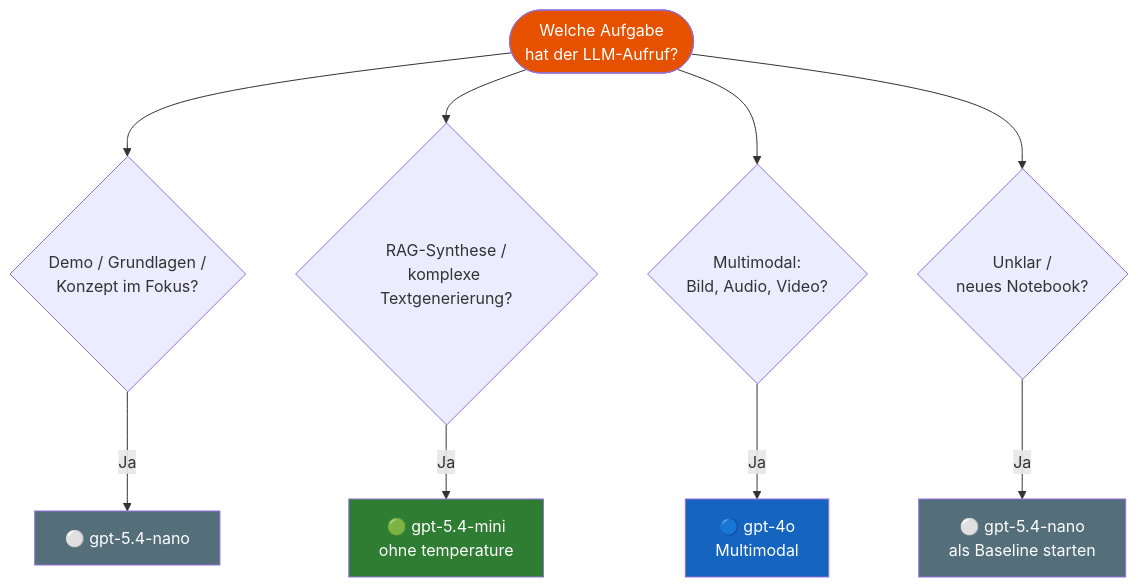
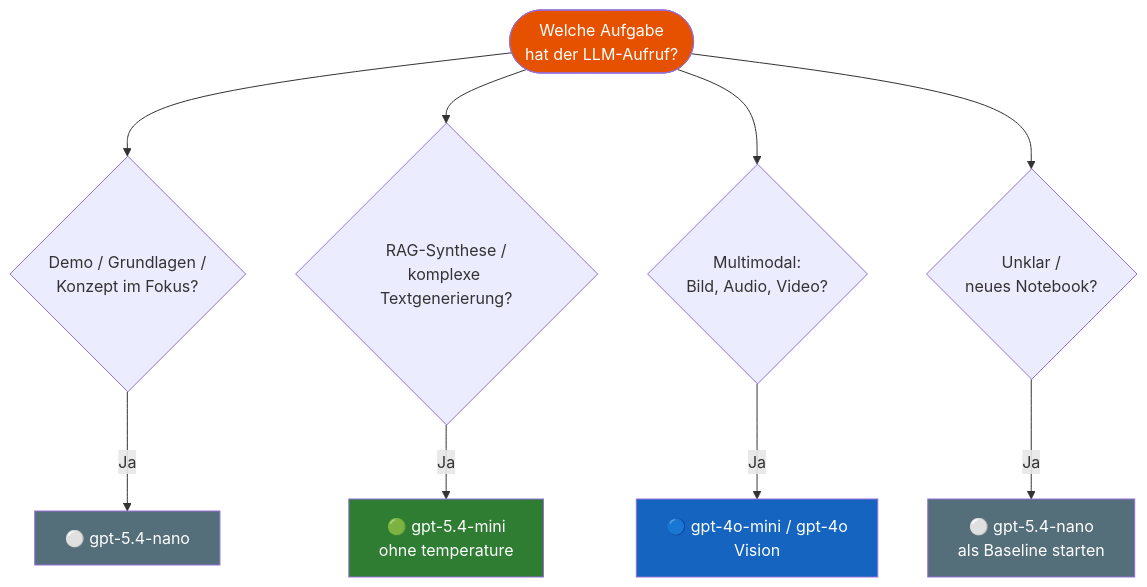
Before and after one commit to ralf-42/GenAI: the diagram in docs/frameworks/modell-auswahl/modell-auswahl-guide.md, drawn with Mermaid. The commit also changed other lines of this file and 4 other files, not shown here.

````diff
--- a/docs/frameworks/modell-auswahl/modell-auswahl-guide.md
+++ b/docs/frameworks/modell-auswahl/modell-auswahl-guide.md
@@ -92,28 +101,28 @@
 ```mermaid
 flowchart TD
     START(["Welche Aufgabe
 hat der LLM-Aufruf?"])
 
     START --> D{"Demo / Grundlagen /
 Konzept im Fokus?"}
     START --> R{"RAG-Synthese /
 komplexe Textgenerierung?"}
     START --> M{"Multimodal:
 Bild, Audio, Video?"}
     START --> U{"Unklar /
 neues Notebook?"}
 
     D -->|Ja| MINI["⚪ gpt-5.4-nano"]
     R -->|Ja| GP["🟢 gpt-5.4-mini
 ohne temperature"]
-    M -->|Ja| GO["🔵 gpt-4o
-Multimodal"]
+    M -->|Ja| GO["🔵 gpt-4o-mini / gpt-4o
+Vision"]
     U -->|Ja| BASE["⚪ gpt-5.4-nano
 als Baseline starten"]
 
     style MINI fill:#546E7A,color:#fff
     style GP   fill:#2E7D32,color:#fff
     style GO   fill:#1565C0,color:#fff
     style BASE fill:#546E7A,color:#fff
     style START fill:#E65100,color:#fff
 ```
````
